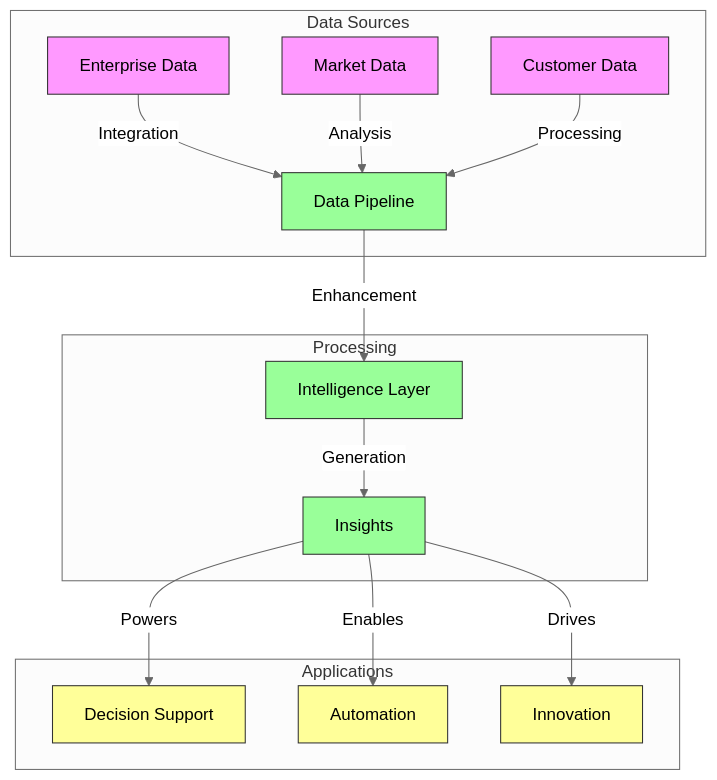
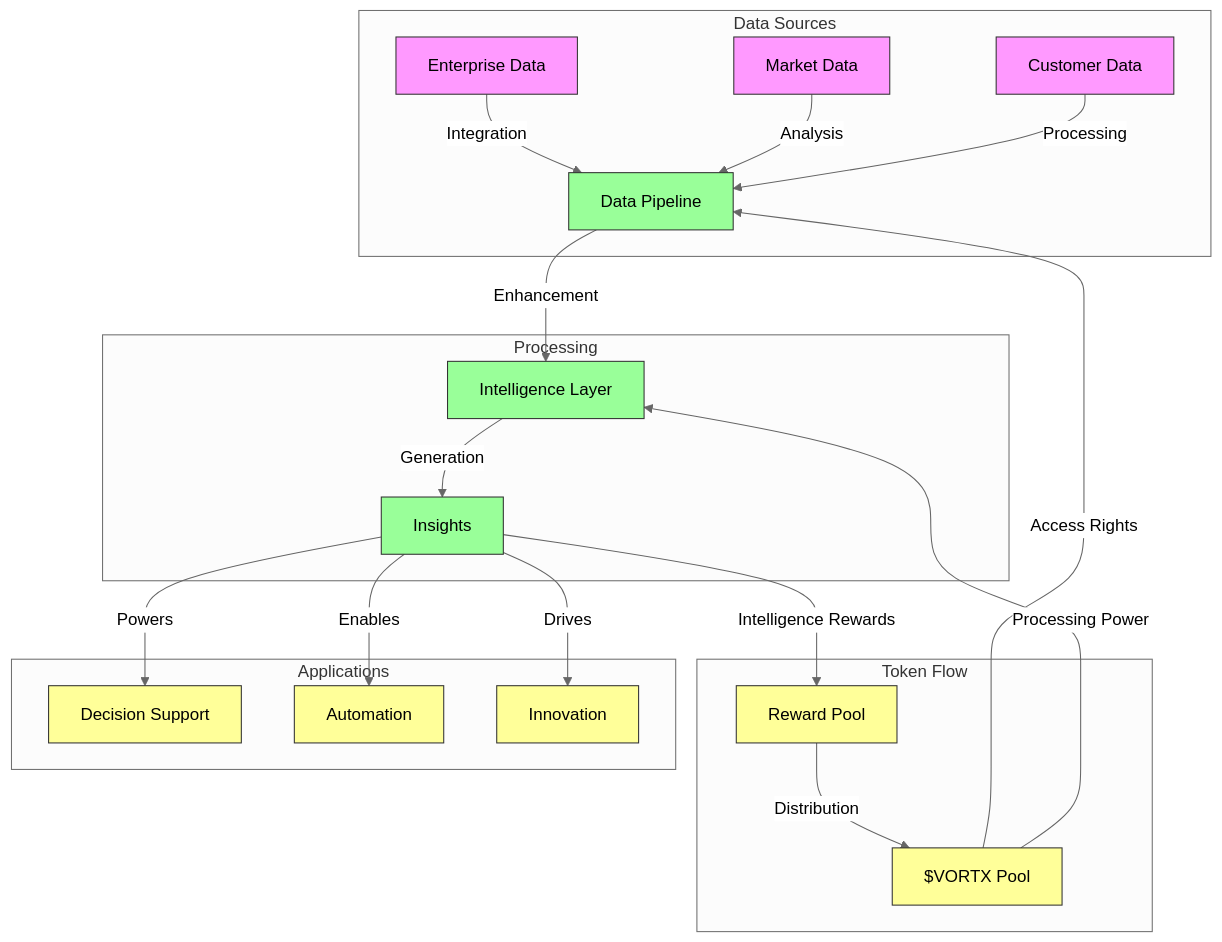
Before and after one commit to Vortx-AI/synthetic-satellite: diagram 11 of 25 in docs/whitepapers/README.md, drawn with Mermaid (neutral theme). The commit also changed other lines of this file, not shown here.

````diff
--- a/docs/whitepapers/README.md
+++ b/docs/whitepapers/README.md
@@ -580,27 +580,36 @@
 ```mermaid
 graph TD
     subgraph Data Sources
         E1[Enterprise Data] -->|Integration| P1
         E2[Market Data] -->|Analysis| P1
         E3[Customer Data] -->|Processing| P1
     end
     
     subgraph Processing
         P1[Data Pipeline] -->|Enhancement| P2[Intelligence Layer]
         P2 -->|Generation| P3[Insights]
     end
     
+    subgraph Token Flow
+        T1[$VORTX Pool] -->|Access Rights| P1
+        T1 -->|Processing Power| P2
+        P3 -->|Intelligence Rewards| T2[Reward Pool]
+        T2 -->|Distribution| T1
+    end
+    
     subgraph Applications
         P3 -->|Powers| A1[Decision Support]
         P3 -->|Enables| A2[Automation]
         P3 -->|Drives| A3[Innovation]
     end
     
     classDef source fill:#f9f,stroke:#333
     classDef process fill:#9f9,stroke:#333
+    classDef token fill:#ff9,stroke:#333
     classDef application fill:#ff9,stroke:#333
     
     class E1,E2,E3 source
     class P1,P2,P3 process
+    class T1,T2 token
     class A1,A2,A3 application
 ```
````
